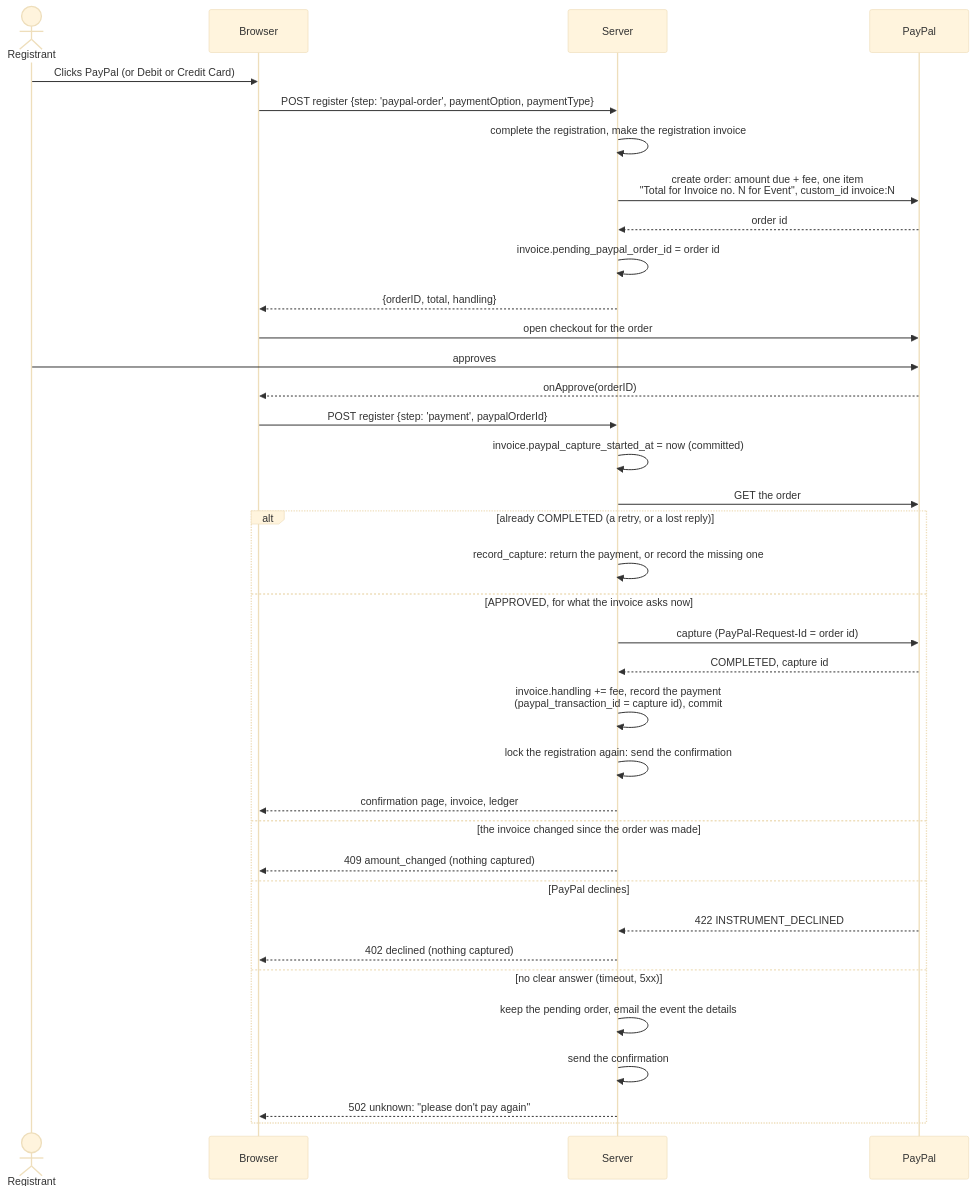
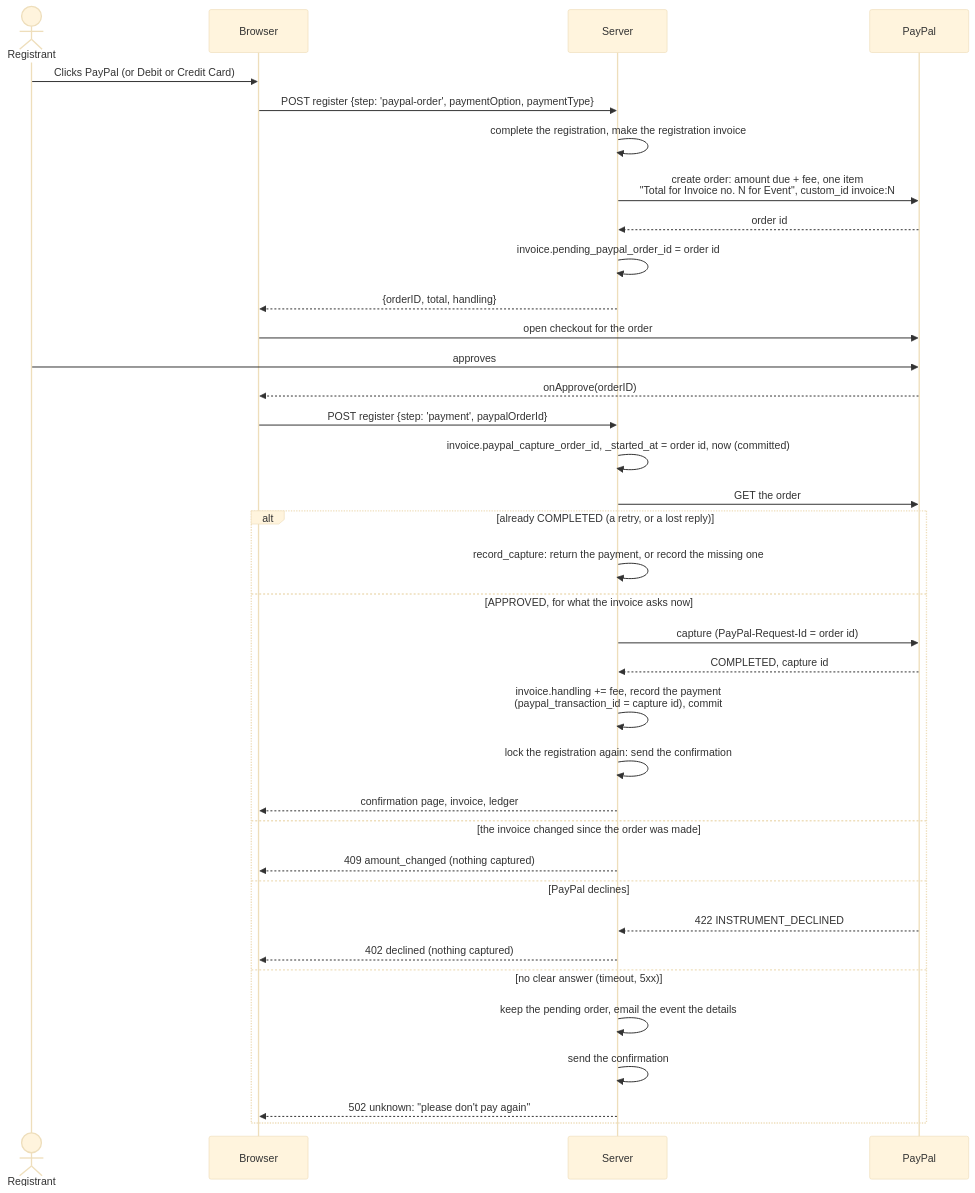
Before and after one commit to camphoric/camphoric: the fourth of 12 diagrams in doc/payments.md, drawn with Mermaid (base theme). The commit also changed other lines of this file and 8 other files, not shown here.

First line of the commit message:
fix(register): sweep the order whose capture started, not the pending one

````diff
--- a/doc/payments.md
+++ b/doc/payments.md
@@ -198,38 +199,38 @@
 ```mermaid
 sequenceDiagram
     actor R as Registrant
     participant B as Browser
     participant S as Server
     participant P as PayPal
     R->>B: Clicks PayPal (or Debit or Credit Card)
     B->>S: POST register {step: 'paypal-order', paymentOption, paymentType}
     S->>S: complete the registration, make the registration invoice
     S->>P: create order: amount due + fee, one item<br/>"Total for Invoice no. N for Event", custom_id invoice:N
     P-->>S: order id
     S->>S: invoice.pending_paypal_order_id = order id
     S-->>B: {orderID, total, handling}
     B->>P: open checkout for the order
     R->>P: approves
     P-->>B: onApprove(orderID)
     B->>S: POST register {step: 'payment', paypalOrderId}
-    S->>S: invoice.paypal_capture_started_at = now (committed)
+    S->>S: invoice.paypal_capture_order_id, _started_at = order id, now (committed)
     S->>P: GET the order
     alt already COMPLETED (a retry, or a lost reply)
         S->>S: record_capture: return the payment, or record the missing one
     else APPROVED, for what the invoice asks now
         S->>P: capture (PayPal-Request-Id = order id)
         P-->>S: COMPLETED, capture id
         S->>S: invoice.handling += fee, record the payment<br/>(paypal_transaction_id = capture id), commit
         S->>S: lock the registration again: send the confirmation
         S-->>B: confirmation page, invoice, ledger
     else the invoice changed since the order was made
         S-->>B: 409 amount_changed (nothing captured)
     else PayPal declines
         P-->>S: 422 INSTRUMENT_DECLINED
         S-->>B: 402 declined (nothing captured)
     else no clear answer (timeout, 5xx)
         S->>S: keep the pending order, email the event the details
         S->>S: send the confirmation
         S-->>B: 502 unknown: "please don't pay again"
     end
 ```
````
